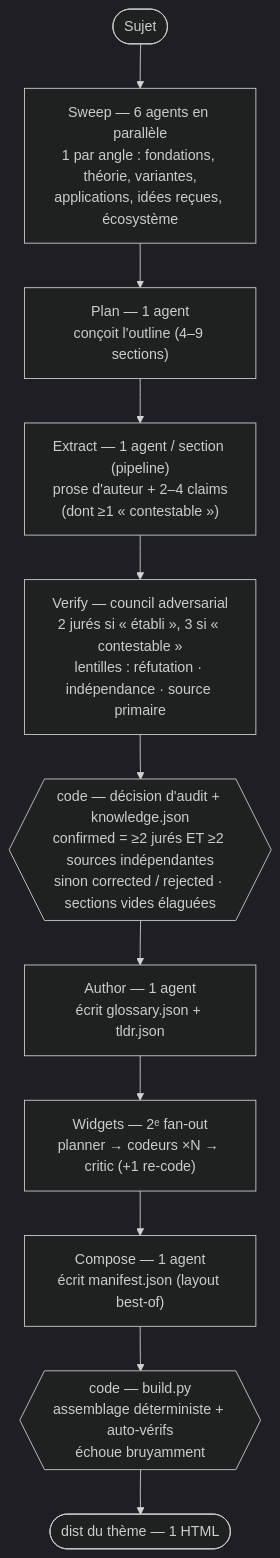
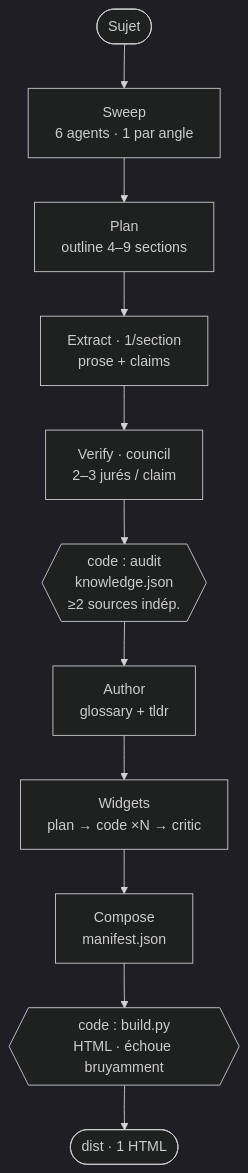
Before and after one commit to Sandjab/scriptorium: the diagram in README.md, drawn with Mermaid (dark theme).

Commit message:
readme: raccourcit les libellés du diagramme Mermaid (texte tronqué dans les cadres)

````diff
--- a/README.md
+++ b/README.md
@@ -58,13 +58,13 @@
 ```mermaid
 flowchart TD
-    S(["Sujet"]) --> SW["Sweep — 6 agents en parallèle<br/>1 par angle : fondations, théorie, variantes,<br/>applications, idées reçues, écosystème"]
-    SW --> PL["Plan — 1 agent<br/>conçoit l'outline (4–9 sections)"]
-    PL --> EX["Extract — 1 agent / section (pipeline)<br/>prose d'auteur + 2–4 claims<br/>(dont ≥1 « contestable »)"]
-    EX --> VE["Verify — council adversarial<br/>2 jurés si « établi », 3 si « contestable »<br/>lentilles : réfutation · indépendance · source primaire"]
-    VE --> KN{{"code — décision d'audit + knowledge.json<br/>confirmed = ≥2 jurés ET ≥2 sources indépendantes<br/>sinon corrected / rejected · sections vides élaguées"}}
-    KN --> AU["Author — 1 agent<br/>écrit glossary.json + tldr.json"]
-    AU --> WG["Widgets — 2ᵉ fan-out<br/>planner → codeurs ×N → critic (+1 re-code)"]
-    WG --> CO["Compose — 1 agent<br/>écrit manifest.json (layout best-of)"]
-    CO --> BD{{"code — build.py<br/>assemblage déterministe + auto-vérifs<br/>échoue bruyamment"}}
-    BD --> OUT(["dist du thème — 1 HTML"])
+    S(["Sujet"]) --> SW["Sweep<br/>6 agents · 1 par angle"]
+    SW --> PL["Plan<br/>outline 4–9 sections"]
+    PL --> EX["Extract · 1/section<br/>prose + claims"]
+    EX --> VE["Verify · council<br/>2–3 jurés / claim"]
+    VE --> KN{{"code : audit<br/>knowledge.json<br/>≥2 sources indép."}}
+    KN --> AU["Author<br/>glossary + tldr"]
+    AU --> WG["Widgets<br/>plan → code ×N → critic"]
+    WG --> CO["Compose<br/>manifest.json"]
+    CO --> BD{{"code : build.py<br/>HTML · échoue bruyamment"}}
+    BD --> OUT(["dist · 1 HTML"])
 ```
````
